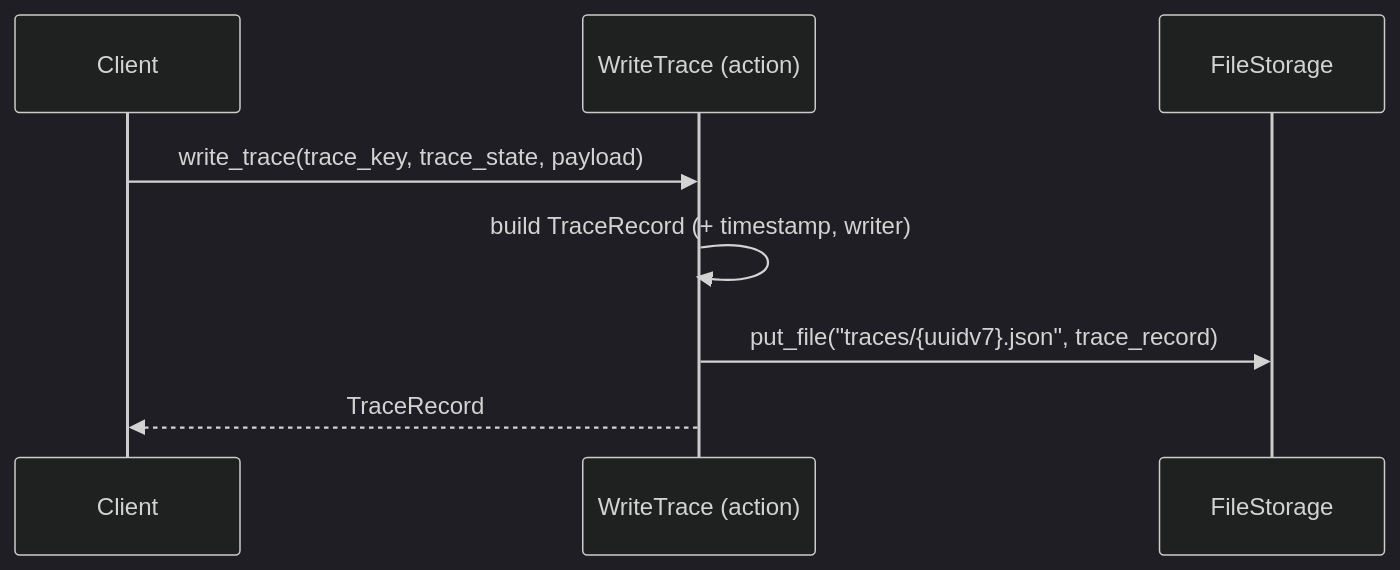
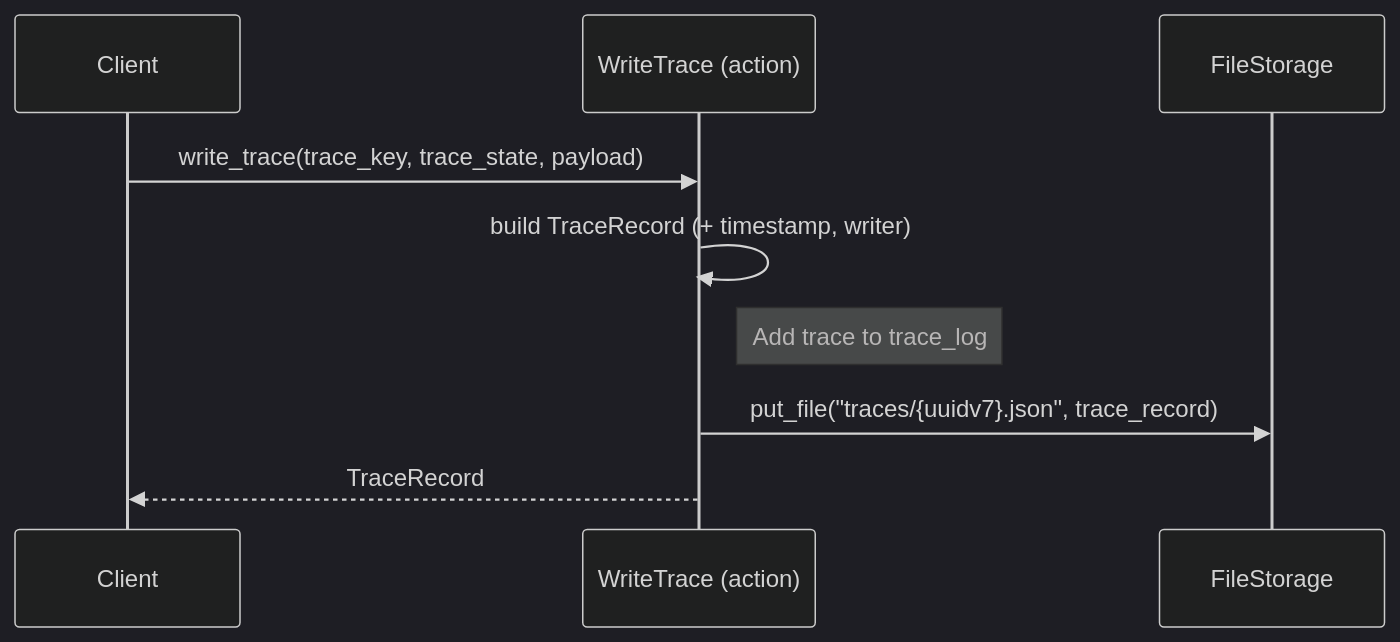
The diagram in libs/woodstock_sdk/python/docs/spec/scenarios/ms2_a_client_writes_a_simple_trace.md (mnieber/woodstock), drawn with Mermaid (dark theme) before and after one commit. The commit also changed 9 other files, not shown here.

````diff
--- a/libs/woodstock_sdk/python/docs/spec/scenarios/ms2_a_client_writes_a_simple_trace.md
+++ b/libs/woodstock_sdk/python/docs/spec/scenarios/ms2_a_client_writes_a_simple_trace.md
@@ -41,11 +41,12 @@
 ```mermaid
 sequenceDiagram
     participant Client
     participant WriteTrace as WriteTrace (action)
     participant FileStorage
 
     Client->>WriteTrace: write_trace(trace_key, trace_state, payload)
     WriteTrace->>WriteTrace: build TraceRecord (+ timestamp, writer)
+    Note right of WriteTrace: Add trace to trace_log
     WriteTrace->>FileStorage: put_file("traces/{uuidv7}.json", trace_record)
     WriteTrace-->>Client: TraceRecord
 ```
````
